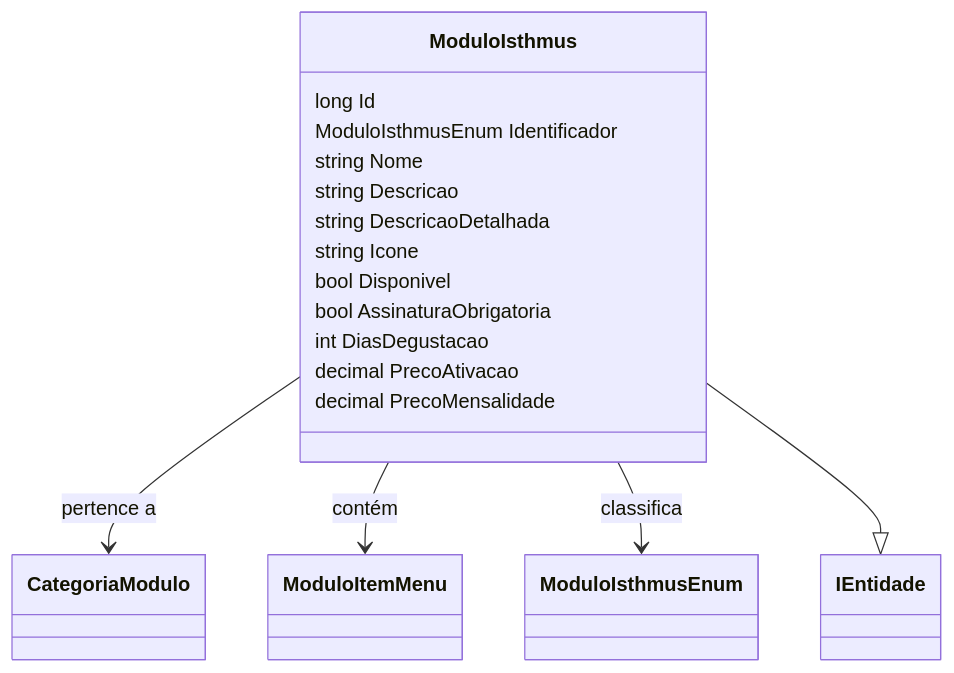
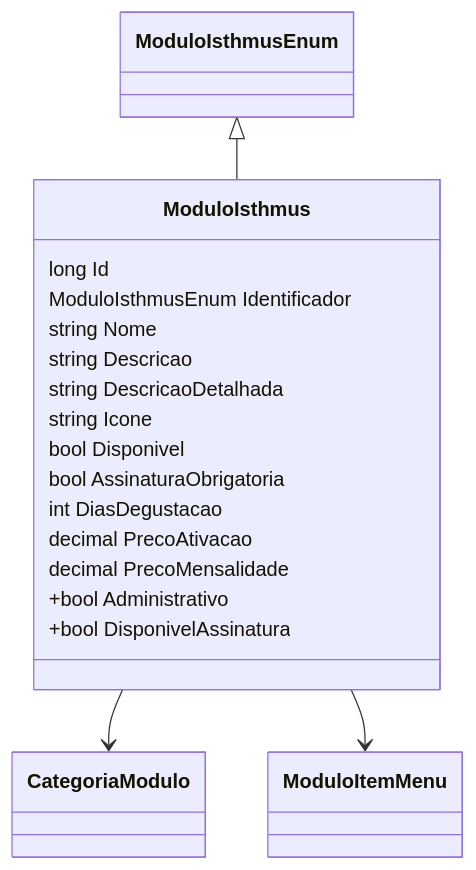
The third of 3 diagrams in docs/b2b-dominio/IsthmusWinthor.Nucleo/IsthmusWinthor.Dominio/Entidades/ModuloIsthmus.md (IsthmusSistemas/documentacao-tecnica), drawn with Mermaid before and after one commit. The commit also changed other lines of this file and 882 other files, not shown here.

````diff
--- a/docs/b2b-dominio/IsthmusWinthor.Nucleo/IsthmusWinthor.Dominio/Entidades/ModuloIsthmus.md
+++ b/docs/b2b-dominio/IsthmusWinthor.Nucleo/IsthmusWinthor.Dominio/Entidades/ModuloIsthmus.md
@@ -51,20 +49,22 @@
 ```mermaid
 classDiagram
     class ModuloIsthmus {
         long Id
         ModuloIsthmusEnum Identificador
         string Nome
         string Descricao
         string DescricaoDetalhada
         string Icone
         bool Disponivel
         bool AssinaturaObrigatoria
         int DiasDegustacao
         decimal PrecoAtivacao
         decimal PrecoMensalidade
+        +bool Administrativo
+        +bool DisponivelAssinatura
     }
-    ModuloIsthmus --> CategoriaModulo : pertence a
-    ModuloIsthmus --> ModuloItemMenu : contém
-    ModuloIsthmus --> ModuloIsthmusEnum : classifica
-    ModuloIsthmus --|> IEntidade
+    
+    ModuloIsthmus --> CategoriaModulo
+    ModuloIsthmus --> ModuloItemMenu
+    ModuloIsthmusEnum <|-- ModuloIsthmus
 ```
````
